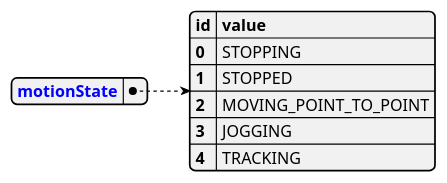
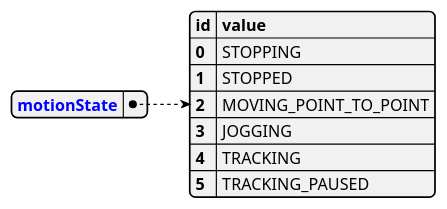
One commit to lsst-ts/ts_tma_tma-documentation_pxi-controller_documentation changed diagram 14 of 46 in 02 CommandsAndEventsManagement/03 Events.md. Above: the diagram before and after it, drawn with PlantUML.

Commit message:
expand the motionState enum to include a new value: TRACKING_PAUSED.

````diff
--- a/02 CommandsAndEventsManagement/03 Events.md
+++ b/02 CommandsAndEventsManagement/03 Events.md
@@ -540,14 +540,15 @@
 ``` plantuml
 @startjson
 {
     "<color:blue><b>motionState": {
         "<b>id": "<b>value",
         "0": "STOPPING",
         "1": "STOPPED",
         "2": "MOVING_POINT_TO_POINT",
         "3": "JOGGING",
-        "4": "TRACKING"
+        "4": "TRACKING",
+        "5": "TRACKING_PAUSED"
     }
 }
 @endjson
 ```
````
